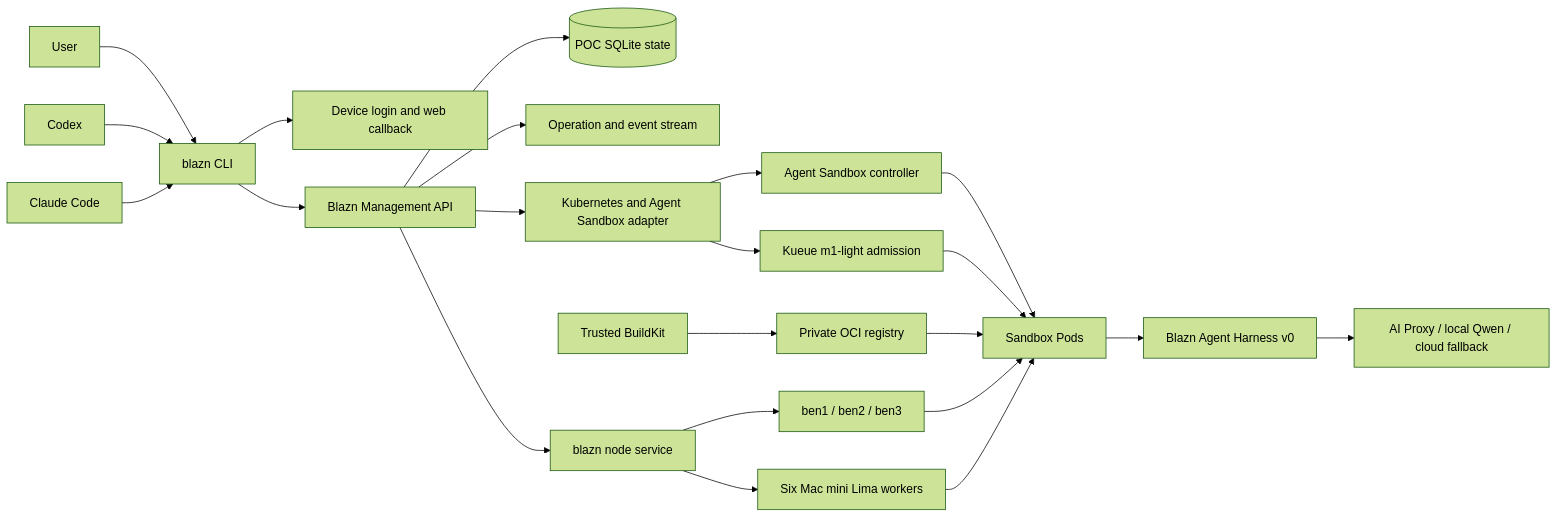
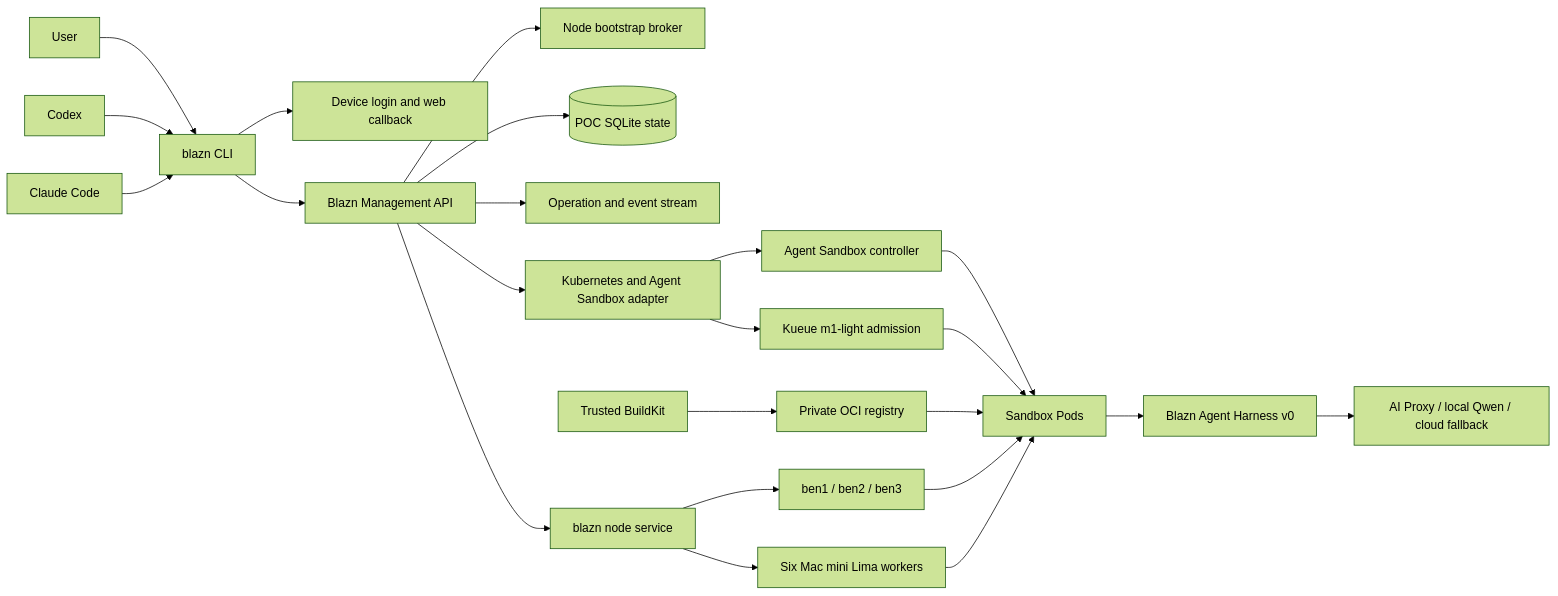
One commit to blazncloud/blazn changed the diagram in docs/poc-execution-plan.md. Above: the diagram before and after it, drawn with Mermaid (forest theme). The commit also changed other lines of this file, not shown here.

Commit message:
docs: require standalone node bootstrap

````diff
--- a/docs/poc-execution-plan.md
+++ b/docs/poc-execution-plan.md
@@ -180,44 +185,46 @@
 ```mermaid
 flowchart LR
     User[User]
     Codex[Codex]
     Claude[Claude Code]
     CLI[blazn CLI]
     Auth[Device login and web callback]
     API[Blazn Management API]
+    Broker[Node bootstrap broker]
     DB[(POC SQLite state)]
     Events[Operation and event stream]
     NodeSvc[blazn node service]
     Adapter[Kubernetes and Agent Sandbox adapter]
     Kueue[Kueue m1-light admission]
     AS[Agent Sandbox controller]
     Sandbox[Sandbox Pods]
     Harness[Blazn Agent Harness v0]
     Proxy[AI Proxy / local Qwen / cloud fallback]
     Registry[Private OCI registry]
     BuildKit[Trusted BuildKit]
     Linux[ben1 / ben2 / ben3]
     Macs[Six Mac mini Lima workers]
 
     User --> CLI
     Codex --> CLI
     Claude --> CLI
     CLI --> Auth
     CLI --> API
+    API --> Broker
     API --> DB
     API --> Events
     API --> Adapter
     API --> NodeSvc
     Adapter --> AS
     Adapter --> Kueue
     AS --> Sandbox
     Kueue --> Sandbox
     Sandbox --> Harness
     Harness --> Proxy
     BuildKit --> Registry
     Registry --> Sandbox
     NodeSvc --> Linux
     NodeSvc --> Macs
     Linux --> Sandbox
     Macs --> Sandbox
 ```
````
